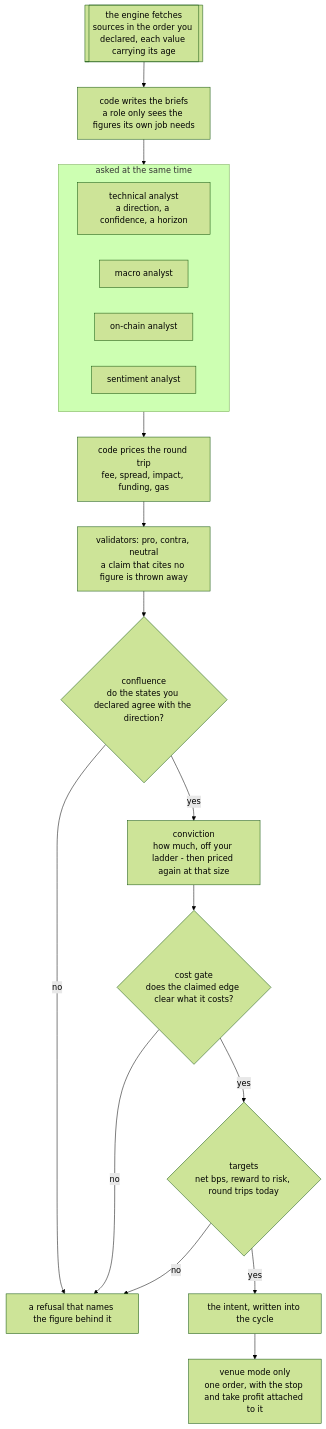
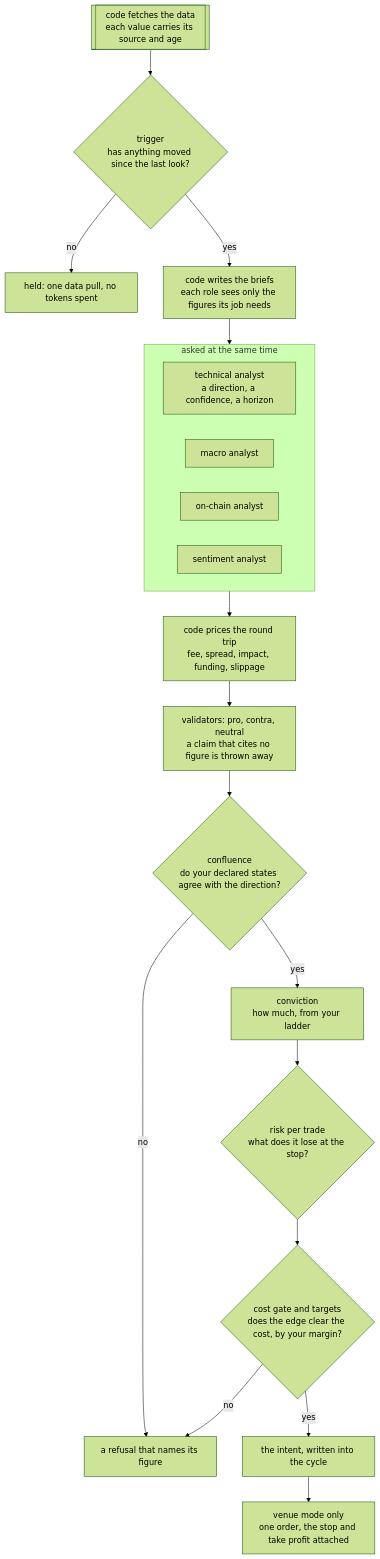
Before and after one commit to BijectiveLabs/bitra: the diagram in README.md, drawn with Mermaid (forest theme). The commit also changed other lines of this file and 3 other files, not shown here.

````diff
--- a/README.md
+++ b/README.md
@@ -43,23 +145,25 @@
 ```mermaid
 flowchart TD
-    engine[["the engine fetches<br/>sources in the order you declared, each value carrying its age"]] --> briefs
-    briefs["code writes the briefs<br/>a role only sees the figures its own job needs"] --> round1
+    engine[["code fetches the data<br/>each value carries its source and age"]] --> wake
+    wake{"trigger<br/>has anything moved since the last look?"}
+    wake -- "no" --> held["held: one data pull, no tokens spent"]
+    wake -- "yes" --> briefs
+    briefs["code writes the briefs<br/>each role sees only the figures its job needs"] --> round1
     subgraph round1["asked at the same time"]
         direction LR
         tech["technical analyst<br/>a direction, a confidence, a horizon"]
         macro["macro analyst"]
         chain["on-chain analyst"]
         mood["sentiment analyst"]
     end
-    round1 --> price["code prices the round trip<br/>fee, spread, impact, funding, gas"]
+    round1 --> price["code prices the round trip<br/>fee, spread, impact, funding, slippage"]
     price --> round2["validators: pro, contra, neutral<br/>a claim that cites no figure is thrown away"]
-    round2 --> matrix{"confluence<br/>do the states you declared agree with the direction?"}
-    matrix -- "no" --> refused["a refusal that names the figure behind it"]
-    matrix -- "yes" --> size["conviction<br/>how much, off your ladder - then priced again at that size"]
-    size --> gate{"cost gate<br/>does the claimed edge clear what it costs?"}
+    round2 --> matrix{"confluence<br/>do your declared states agree with the direction?"}
+    matrix -- "no" --> refused["a refusal that names its figure"]
+    matrix -- "yes" --> size["conviction<br/>how much, from your ladder"]
+    size --> risk{"risk per trade<br/>what does it lose at the stop?"}
+    risk --> gate{"cost gate and targets<br/>does the edge clear the cost, by your margin?"}
     gate -- "no" --> refused
-    gate -- "yes" --> targets{"targets<br/>net bps, reward to risk, round trips today"}
-    targets -- "no" --> refused
-    targets -- "yes" --> intent["the intent, written into the cycle"]
-    intent --> venue["venue mode only<br/>one order, with the stop and take profit attached to it"]
+    gate -- "yes" --> intent["the intent, written into the cycle"]
+    intent --> venue["venue mode only<br/>one order, the stop and take profit attached"]
 ```
````
